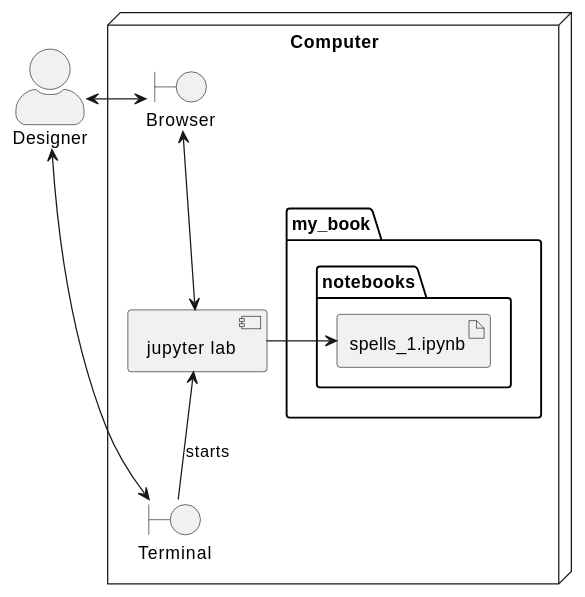
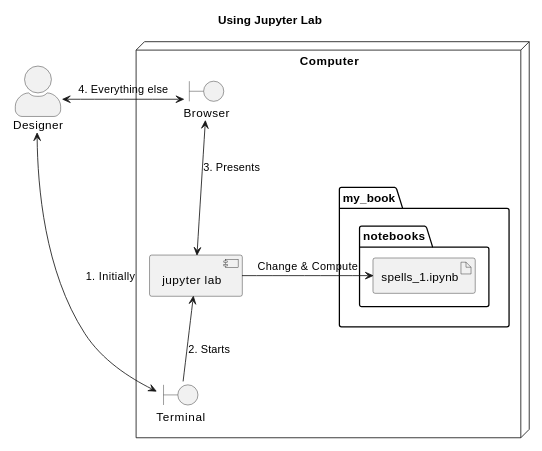
The diagram in docs/tutorial/opend6_tools.rst (slott56/opend6-tools), drawn with PlantUML before and after one commit. The commit also changed other lines of this file and 589 other files, not shown here.

```diff
--- a/docs/tutorial/opend6_tools.rst
+++ b/docs/tutorial/opend6_tools.rst
@@ -71,25 +81,26 @@
 ..  uml::
-    :scale: 66%
 
     @startuml
+    scale 2/3
+    skinparam actorStyle awesome
 
-    skinparam actorStyle awesome
+    title Using Jupyter Lab
 
     actor "Designer"
     node "Computer" {
         boundary Browser
         component "jupyter lab" as svc
-        Browser <--> svc
+        Browser <--> svc : "3. Presents"
         boundary Terminal
-        svc <-- Terminal : "starts"
+        svc <-- Terminal : "2. Starts"
 
         folder "my_book" {
         folder "notebooks" {
             artifact spells_1.ipynb
         }
         }
-        svc -> spells_1.ipynb
+        svc -> spells_1.ipynb : "Change & Compute"
     }
-    Designer <-> Browser
-    Designer <--> Terminal
+    Designer <--> Terminal : "1. Initially"
+    Designer <-> Browser : "4. Everything else"
     @enduml
```
